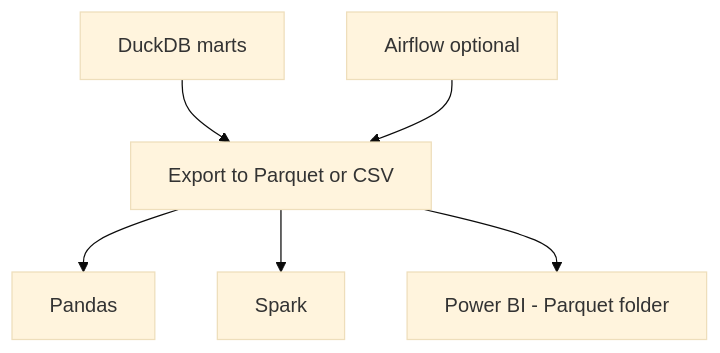
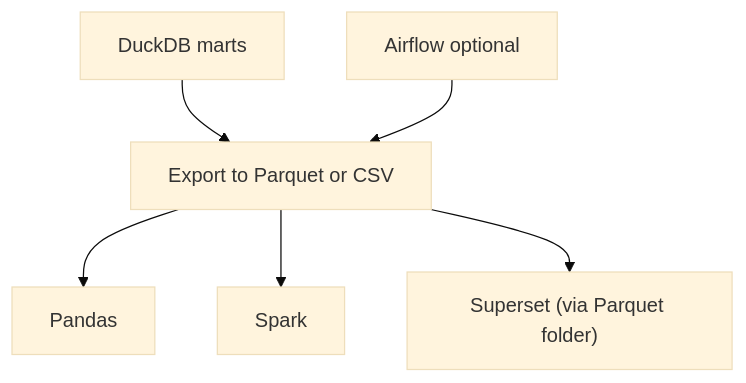
Before and after one commit to thethien8a/Crawl-Jobs: the seventh of 7 diagrams in plan/DATA_ENGINEERING_STACK_PLAN.md, drawn with Mermaid (base theme). The commit also changed other lines of this file, not shown here.

````diff
--- a/plan/DATA_ENGINEERING_STACK_PLAN.md
+++ b/plan/DATA_ENGINEERING_STACK_PLAN.md
@@ -289,8 +288,8 @@
 ```mermaid
 flowchart TD
     MARTS["DuckDB marts"] --> EXPORT["Export to Parquet or CSV"]
     EXPORT --> PANDAS["Pandas"]
     EXPORT --> SPARK["Spark"]
-    EXPORT --> PBI["Power BI - Parquet folder"]
+    EXPORT --> PBI["Superset (via Parquet folder)"]
     AF["Airflow optional"] --> EXPORT
 ```
````
